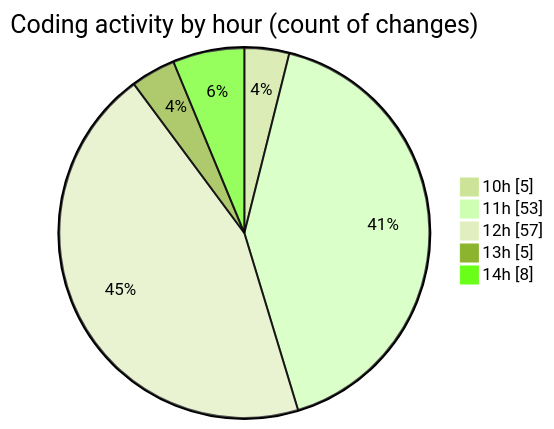
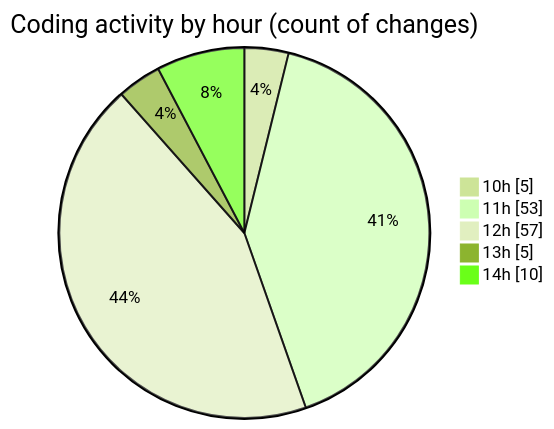
One commit to momahboobian/code-tracking changed the second of 2 diagrams in 2025-06-17/cda/README.md. Above: the diagram before and after it, drawn with Mermaid (forest theme). The commit also changed other lines of this file and 1 other file, not shown here.

````diff
--- a/2025-06-17/cda/README.md
+++ b/2025-06-17/cda/README.md
@@ -37,9 +37,9 @@
 ```mermaid
 pie showData
 title Coding activity by hour (count of changes)
 "10h" : 5
 "11h" : 53
 "12h" : 57
 "13h" : 5
-"14h" : 8
+"14h" : 10
 ```
````
